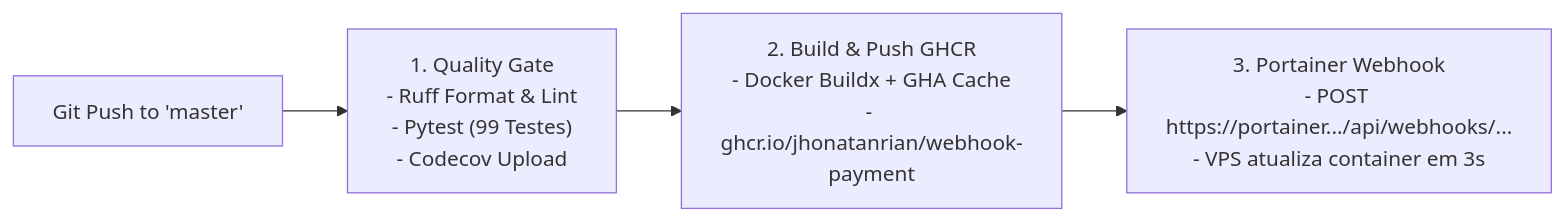
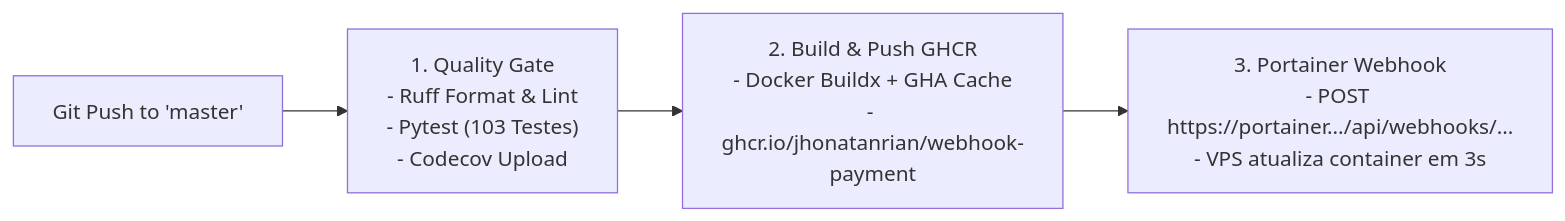
One commit to JhonatanRian/webhook-payment changed the second of 2 diagrams in docs/deployment.md. Above: the diagram before and after it, drawn with Mermaid. The commit also changed 5 other files, not shown here.

````diff
--- a/docs/deployment.md
+++ b/docs/deployment.md
@@ -38,6 +38,6 @@
 ```mermaid
 flowchart LR
-    PUSH["Git Push to 'master'"] --> TEST["1. Quality Gate\n- Ruff Format & Lint\n- Pytest (99 Testes)\n- Codecov Upload"]
+    PUSH["Git Push to 'master'"] --> TEST["1. Quality Gate\n- Ruff Format & Lint\n- Pytest (103 Testes)\n- Codecov Upload"]
     TEST --> BUILD["2. Build & Push GHCR\n- Docker Buildx + GHA Cache\n- ghcr.io/jhonatanrian/webhook-payment"]
     BUILD --> PORTAINER["3. Portainer Webhook\n- POST https://portainer.../api/webhooks/...\n- VPS atualiza container em 3s"]
 ```
````
